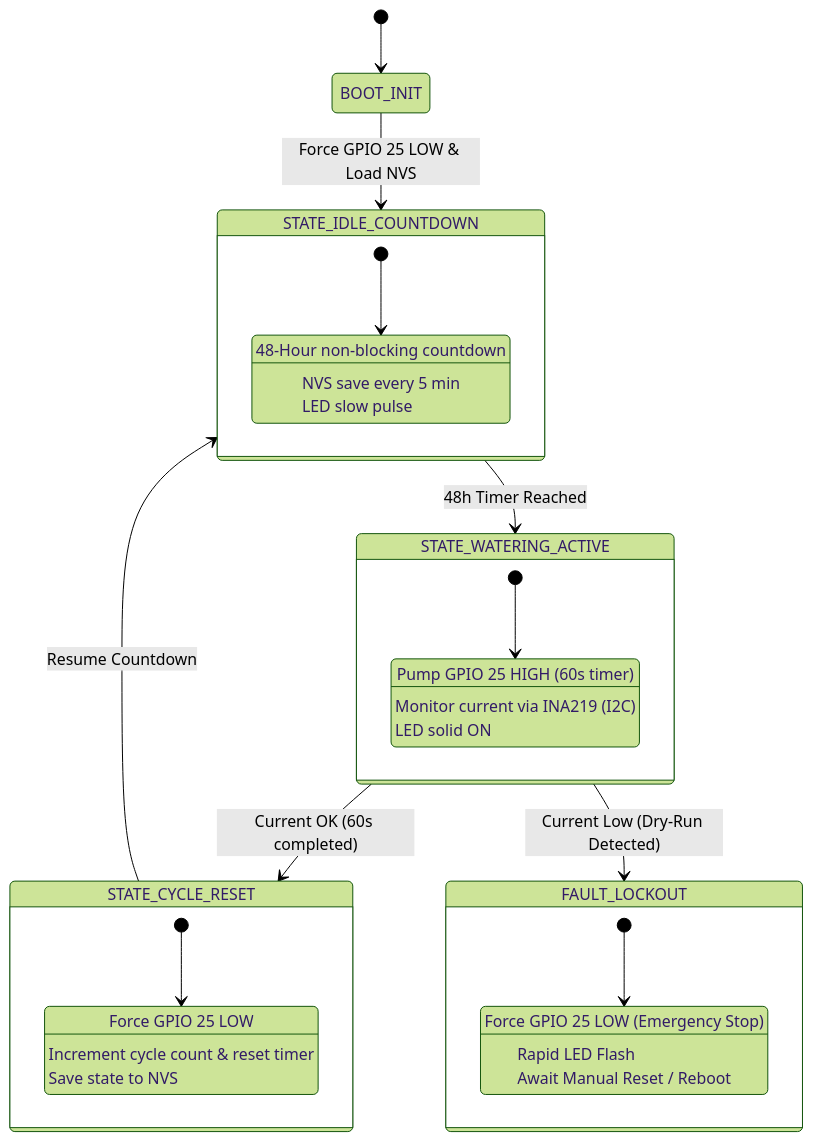
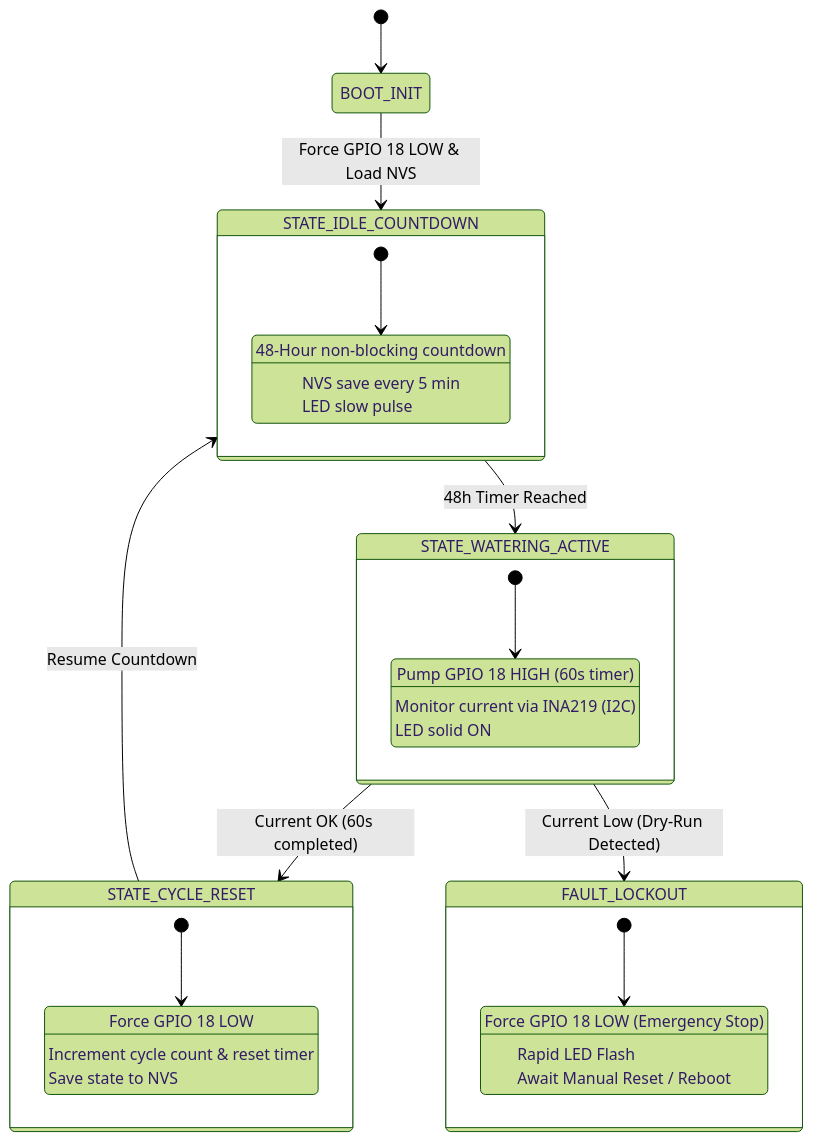
One commit to SivakrishnaGit9/Open_Code_Watering_System changed the second of 2 diagrams in FSD_Base/FSD_V_1_0.md. Above: the diagram before and after it, drawn with Mermaid (forest theme). The commit also changed other lines of this file and 10 other files, not shown here.

Commit message:
feat(button): implement GPIO 4 multi-purpose button with Wi-Fi toggle & NVS persistence

````diff
--- a/FSD_Base/FSD_V_1_0.md
+++ b/FSD_Base/FSD_V_1_0.md
@@ -101,40 +101,40 @@
 ```mermaid
 stateDiagram-v2
     [*] --> BOOT_INIT
-    BOOT_INIT --> STATE_IDLE_COUNTDOWN : Force GPIO 25 LOW & Load NVS
+    BOOT_INIT --> STATE_IDLE_COUNTDOWN : Force GPIO 18 LOW & Load NVS
 
     state STATE_IDLE_COUNTDOWN {
         [*] --> Counting
         Counting : 48-Hour non-blocking countdown
         Counting : NVS save every 5 min
         Counting : LED slow pulse
     }
 
     STATE_IDLE_COUNTDOWN --> STATE_WATERING_ACTIVE : 48h Timer Reached
 
     state STATE_WATERING_ACTIVE {
         [*] --> Pumping
-        Pumping : Pump GPIO 25 HIGH (60s timer)
+        Pumping : Pump GPIO 18 HIGH (60s timer)
         Pumping : Monitor current via INA219 (I2C)
         Pumping : LED solid ON
     }
 
     STATE_WATERING_ACTIVE --> STATE_CYCLE_RESET : Current OK (60s completed)
     STATE_WATERING_ACTIVE --> FAULT_LOCKOUT : Current Low (Dry-Run Detected)
 
     state STATE_CYCLE_RESET {
         [*] --> Resetting
-        Resetting : Force GPIO 25 LOW
+        Resetting : Force GPIO 18 LOW
         Resetting : Increment cycle count & reset timer
         Resetting : Save state to NVS
     }
 
     STATE_CYCLE_RESET --> STATE_IDLE_COUNTDOWN : Resume Countdown
 
     state FAULT_LOCKOUT {
         [*] --> Locked
-        Locked : Force GPIO 25 LOW (Emergency Stop)
+        Locked : Force GPIO 18 LOW (Emergency Stop)
         Locked : Rapid LED Flash
         Locked : Await Manual Reset / Reboot
     }
 ```
````
